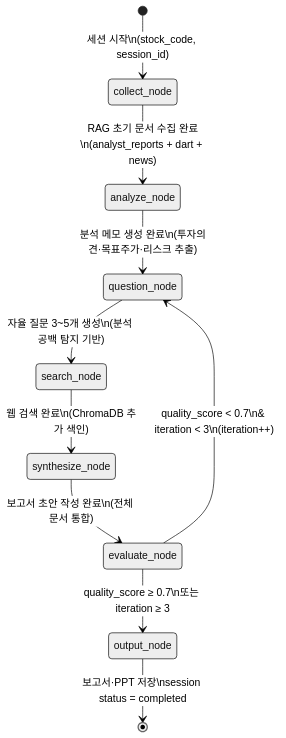
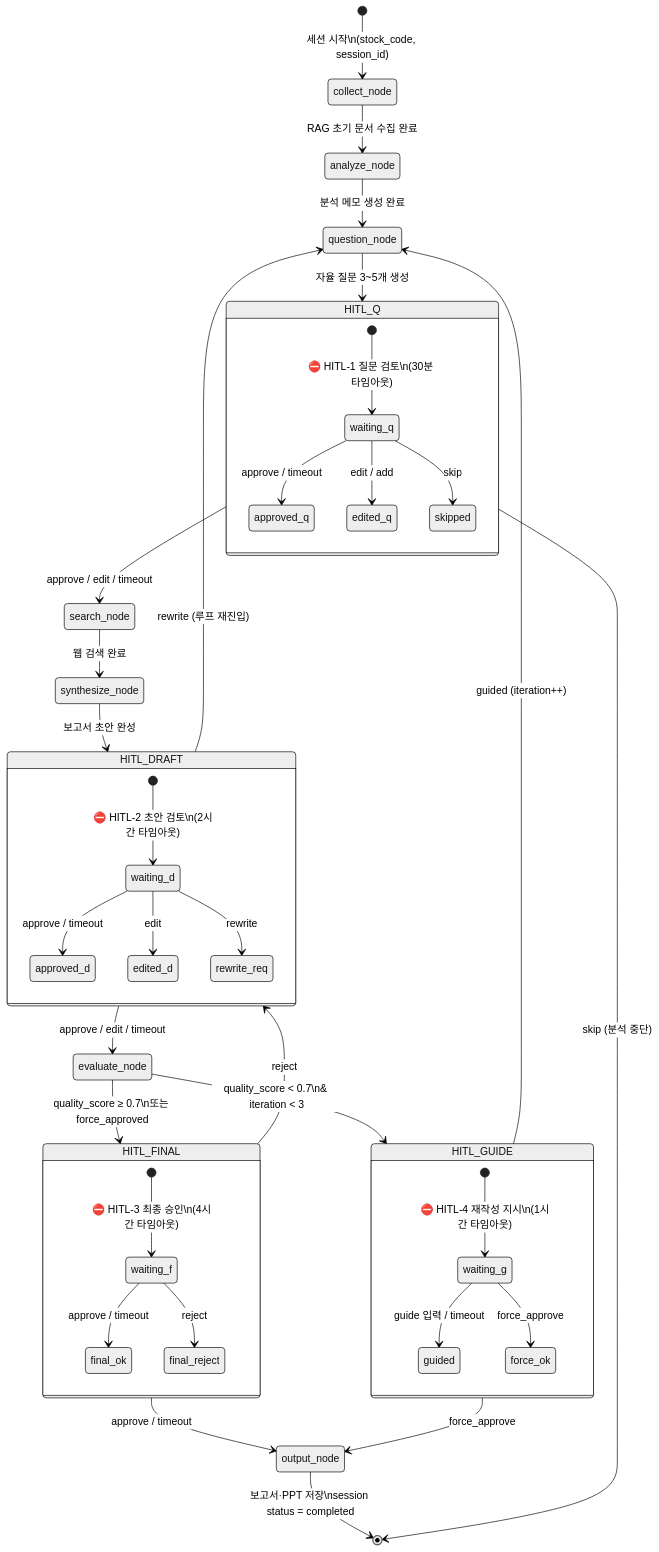
One commit to zoofighter/auto_research changed the fourth of 8 diagrams in docs/diagrams.md. Above: the diagram before and after it, drawn with Mermaid (neutral theme). The commit also changed other lines of this file and 4 other files, not shown here.

Commit message:
docs: update test strategy, database schema, diagrams, and implementation plan

````diff
--- a/docs/diagrams.md
+++ b/docs/diagrams.md
@@ -262,20 +263,58 @@
 ```mermaid
 stateDiagram-v2
     [*] --> collect_node : 세션 시작\n(stock_code, session_id)
 
-    collect_node --> analyze_node : RAG 초기 문서 수집 완료\n(analyst_reports + dart + news)
+    collect_node --> analyze_node : RAG 초기 문서 수집 완료
 
-    analyze_node --> question_node : 분석 메모 생성 완료\n(투자의견·목표주가·리스크 추출)
+    analyze_node --> question_node : 분석 메모 생성 완료
 
-    question_node --> search_node : 자율 질문 3~5개 생성\n(분석 공백 탐지 기반)
+    question_node --> HITL_Q : 자율 질문 3~5개 생성
 
-    search_node --> synthesize_node : 웹 검색 완료\n(ChromaDB 추가 색인)
+    state HITL_Q {
+        [*] --> waiting_q : ⛔ HITL-1 질문 검토\n(30분 타임아웃)
+        waiting_q --> approved_q : approve / timeout
+        waiting_q --> edited_q : edit / add
+        waiting_q --> skipped : skip
+    }
 
-    synthesize_node --> evaluate_node : 보고서 초안 작성 완료\n(전체 문서 통합)
+    HITL_Q --> search_node : approve / edit / timeout
+    HITL_Q --> [*] : skip (분석 중단)
 
-    evaluate_node --> output_node : quality_score ≥ 0.7\n또는 iteration ≥ 3
+    search_node --> synthesize_node : 웹 검색 완료
 
-    evaluate_node --> question_node : quality_score < 0.7\n& iteration < 3\n(iteration++)
+    synthesize_node --> HITL_DRAFT : 보고서 초안 완성
+
+    state HITL_DRAFT {
+        [*] --> waiting_d : ⛔ HITL-2 초안 검토\n(2시간 타임아웃)
+        waiting_d --> approved_d : approve / timeout
+        waiting_d --> edited_d : edit
+        waiting_d --> rewrite_req : rewrite
+    }
+
+    HITL_DRAFT --> evaluate_node : approve / edit / timeout
+    HITL_DRAFT --> question_node : rewrite (루프 재진입)
+
+    evaluate_node --> HITL_FINAL : quality_score ≥ 0.7\n또는 force_approved
+
+    state HITL_FINAL {
+        [*] --> waiting_f : ⛔ HITL-3 최종 승인\n(4시간 타임아웃)
+        waiting_f --> final_ok : approve / timeout
+        waiting_f --> final_reject : reject
+    }
+
+    HITL_FINAL --> output_node : approve / timeout
+    HITL_FINAL --> HITL_DRAFT : reject
+
+    evaluate_node --> HITL_GUIDE : quality_score < 0.7\n& iteration < 3
+
+    state HITL_GUIDE {
+        [*] --> waiting_g : ⛔ HITL-4 재작성 지시\n(1시간 타임아웃)
+        waiting_g --> guided : guide 입력 / timeout
+        waiting_g --> force_ok : force_approve
+    }
+
+    HITL_GUIDE --> question_node : guided (iteration++)
+    HITL_GUIDE --> output_node : force_approve
 
     output_node --> [*] : 보고서·PPT 저장\nsession status = completed
 ```
````
